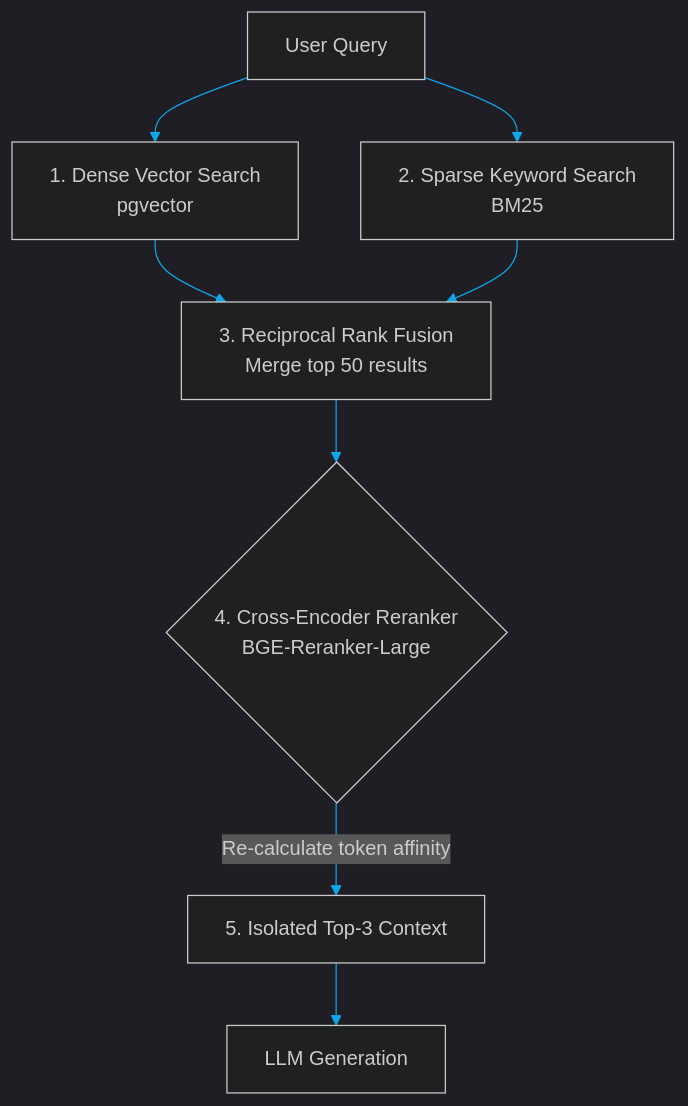
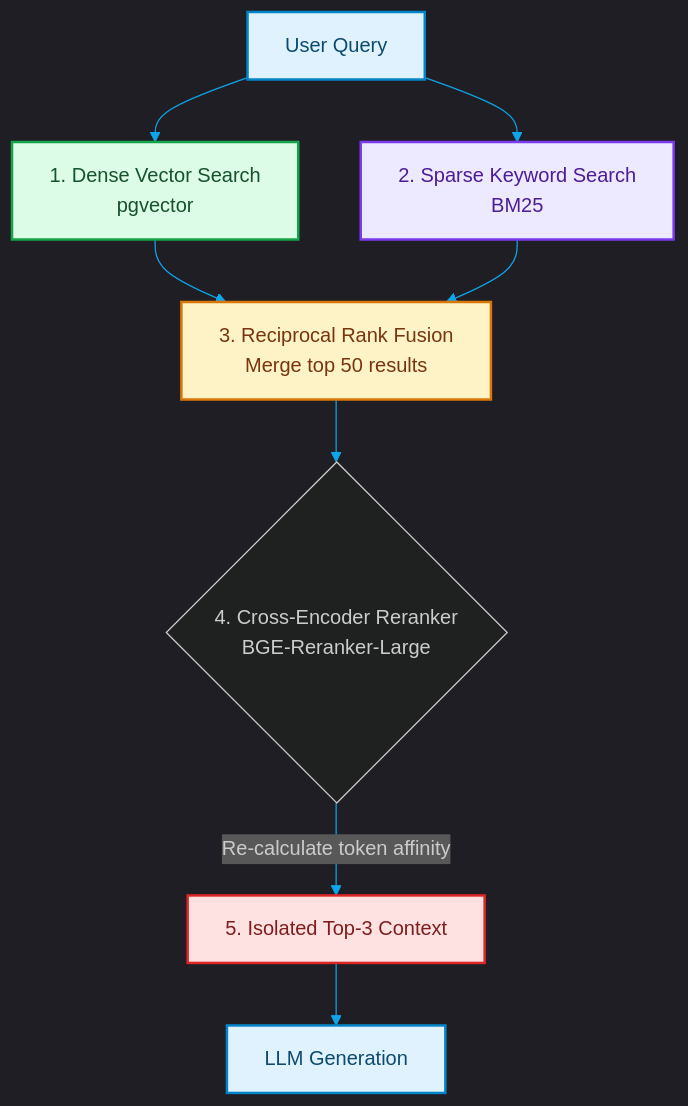
The diagram in blog/posts/rag-reranking-cross-encoders-bge.md (akmalkhaniub/akmalkhaniub.github.io), drawn with Mermaid before and after one commit. The commit also changed other lines of this file and 1291 other files, not shown here.

First line of the commit message:
feat(catalog): unique covers, scholarly references, and diagram palettes

````diff
--- a/blog/posts/rag-reranking-cross-encoders-bge.md
+++ b/blog/posts/rag-reranking-cross-encoders-bge.md
@@ -15,13 +15,24 @@
 ```mermaid
 %%{init: {'theme': 'dark', 'themeVariables': { 'primaryColor': '#0ea5e9', 'primaryTextColor': '#f3f4f6', 'primaryBorderColor': '#38bdf8', 'lineColor': '#0ea5e9', 'secondaryColor': '#111827', 'tertiaryColor': '#0b0f19'}}}%%
 flowchart TD
-    Query[User Query] --> VectorSearch[1. Dense Vector Search <br> pgvector]
-    Query --> KeywordSearch[2. Sparse Keyword Search <br> BM25]
+    Query["User Query"] --> VectorSearch["1. Dense Vector Search <br> pgvector"]
+    Query --> KeywordSearch["2. Sparse Keyword Search <br> BM25"]
     
-    VectorSearch --> RRF[3. Reciprocal Rank Fusion <br> Merge top 50 results]
+    VectorSearch --> RRF["3. Reciprocal Rank Fusion <br> Merge top 50 results"]
     KeywordSearch --> RRF
     
     RRF --> Reranker{4. Cross-Encoder Reranker <br> BGE-Reranker-Large}
-    Reranker -->|Re-calculate token affinity| TopDocs[5. Isolated Top-3 Context]
-    TopDocs --> LLM[LLM Generation]
+    Reranker -->|Re-calculate token affinity| TopDocs["5. Isolated Top-3 Context"]
+    TopDocs --> LLM["LLM Generation"]
+
+classDef green fill:#dcfce7,stroke:#16a34a,stroke-width:2px,color:#14532d;
+classDef red fill:#fee2e2,stroke:#dc2626,stroke-width:2px,color:#7f1d1d;
+classDef blue fill:#e0f2fe,stroke:#0284c7,stroke-width:2px,color:#0c4a6e;
+classDef yellow fill:#fef3c7,stroke:#d97706,stroke-width:2px,color:#78350f;
+classDef purple fill:#ede9fe,stroke:#7c3aed,stroke-width:2px,color:#4c1d95;
+class Query,LLM blue
+class VectorSearch green
+class KeywordSearch purple
+class RRF yellow
+class TopDocs red
 ```
````
